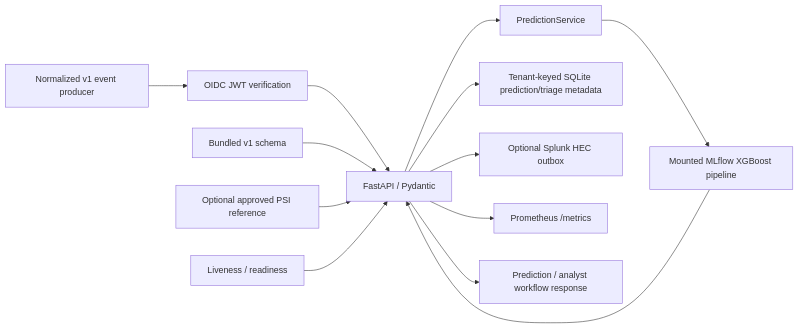
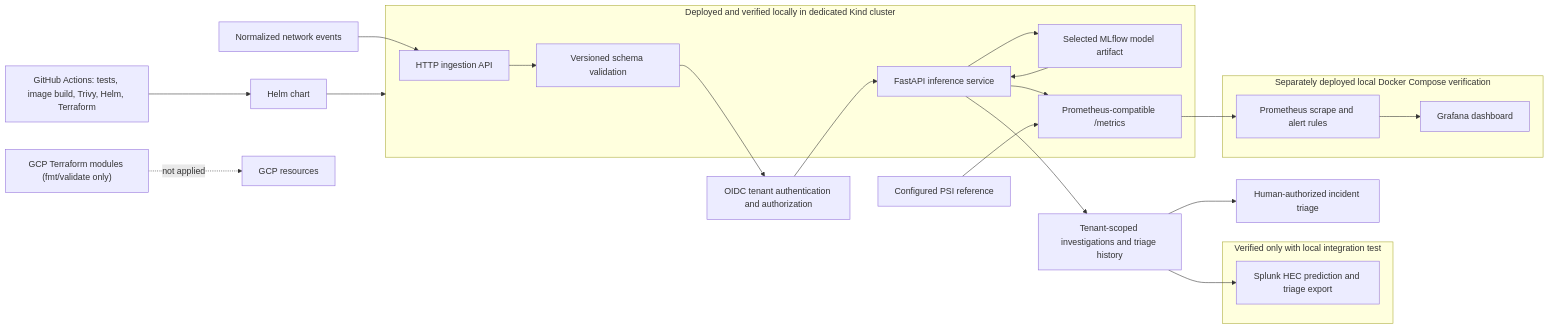
One commit to SumalyaPatnala/streaming-network-threat-detection-mlops changed the first of 2 diagrams in docs/architecture.md. Above: the diagram before and after it, drawn with Mermaid. The commit also changed other lines of this file and 21 other files, not shown here.

Commit message:
Complete M5 local platform integration

````diff
--- a/docs/architecture.md
+++ b/docs/architecture.md
@@ -24,15 +26,37 @@
 ```mermaid
 flowchart LR
-  Producer["Normalized v1 event producer"] --> OIDC["OIDC JWT verification"]
-  OIDC --> API["FastAPI / Pydantic"]
-  API --> Service["PredictionService"]
-  Service --> Model["Mounted MLflow XGBoost pipeline"]
-  Model --> API
-  API --> Store["Tenant-keyed SQLite prediction/triage metadata"]
-  API --> HEC["Optional Splunk HEC outbox"]
-  API --> Metrics["Prometheus /metrics"]
-  API --> Client["Prediction / analyst workflow response"]
-  Schema["Bundled v1 schema"] --> API
-  Drift["Optional approved PSI reference"] --> API
-  Health["Liveness / readiness"] --> API
+  Events["Normalized network events"] --> HTTP["HTTP ingestion API"]
+  HTTP --> Schema["Versioned schema validation"]
+  Schema --> Auth["OIDC tenant authentication and authorization"]
+  Auth --> Inference["FastAPI inference service"]
+  Inference --> MLflow["Selected MLflow model artifact"]
+  MLflow --> Inference
+  Inference --> Store["Tenant-scoped investigations and triage history"]
+  Store --> HEC["Splunk HEC prediction and triage export"]
+  Store --> Human["Human-authorized incident triage"]
+  Inference --> Metrics["Prometheus-compatible /metrics"]
+  Drift["Configured PSI reference"] --> Metrics
+  Metrics --> Prometheus["Prometheus scrape and alert rules"]
+  Prometheus --> Grafana["Grafana dashboard"]
+
+  subgraph Deployed["Deployed and verified locally in dedicated Kind cluster"]
+    HTTP
+    Inference
+    MLflow
+    Metrics
+    Schema
+  end
+
+  subgraph LocalMock["Verified only with local integration test"]
+    HEC
+  end
+
+  subgraph Monitoring["Separately deployed local Docker Compose verification"]
+    Prometheus
+    Grafana
+  end
+
+  Helm["Helm chart"] --> Deployed
+  Terraform["GCP Terraform modules (fmt/validate only)"] -. "not applied" .-> Cloud["GCP resources"]
+  CI["GitHub Actions: tests, image build, Trivy, Helm, Terraform"] --> Helm
 ```
````
